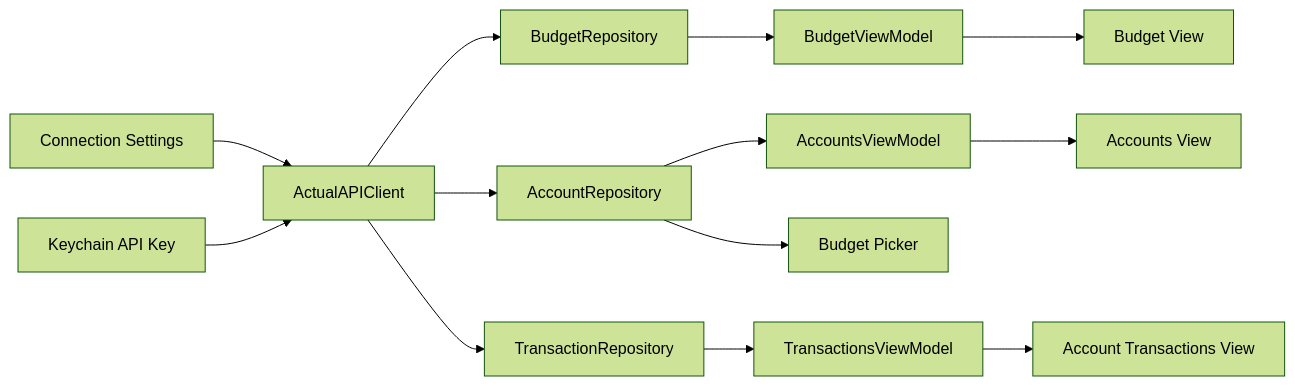
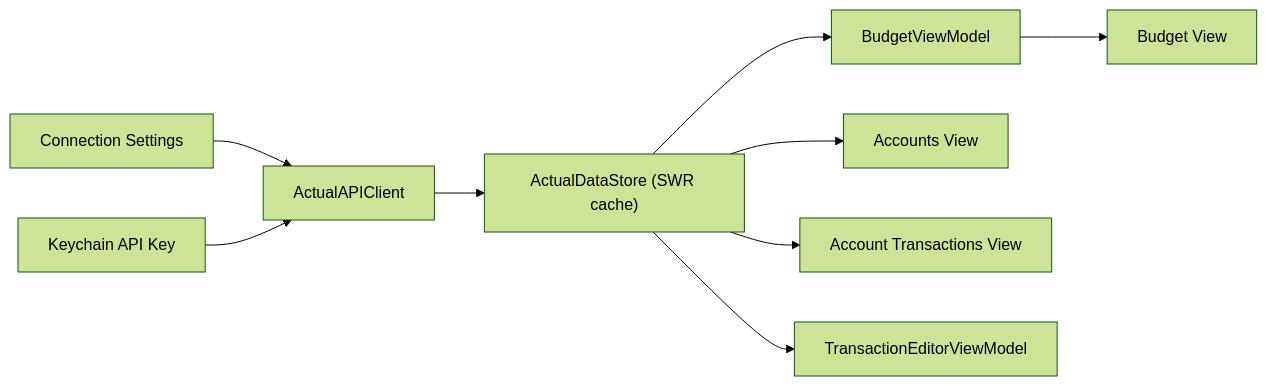
Before and after one commit to sporez/actualist: the diagram in docs/PLAN.md, drawn with Mermaid (forest theme). The commit also changed other lines of this file and 15 other files, not shown here.

````diff
--- a/docs/PLAN.md
+++ b/docs/PLAN.md
@@ -309,15 +316,11 @@
 ```mermaid
 flowchart LR
   Settings["Connection Settings"] --> Client["ActualAPIClient"]
   Keychain["Keychain API Key"] --> Client
-  Client --> BudgetRepo["BudgetRepository"]
-  Client --> AccountRepo["AccountRepository"]
-  Client --> TransactionRepo["TransactionRepository"]
-  BudgetRepo --> BudgetVM["BudgetViewModel"]
-  AccountRepo --> AccountsVM["AccountsViewModel"]
-  TransactionRepo --> TransactionsVM["TransactionsViewModel"]
+  Client --> Store["ActualDataStore (SWR cache)"]
+  Store --> BudgetVM["BudgetViewModel"]
+  Store --> AccountsView["Accounts View"]
+  Store --> TransactionsView["Account Transactions View"]
   BudgetVM --> BudgetView["Budget View"]
-  AccountRepo --> BudgetPicker["Budget Picker"]
-  AccountsVM --> AccountsView["Accounts View"]
-  TransactionsVM --> TransactionsView["Account Transactions View"]
+  Store --> EditorVM["TransactionEditorViewModel"]
 ```
````
